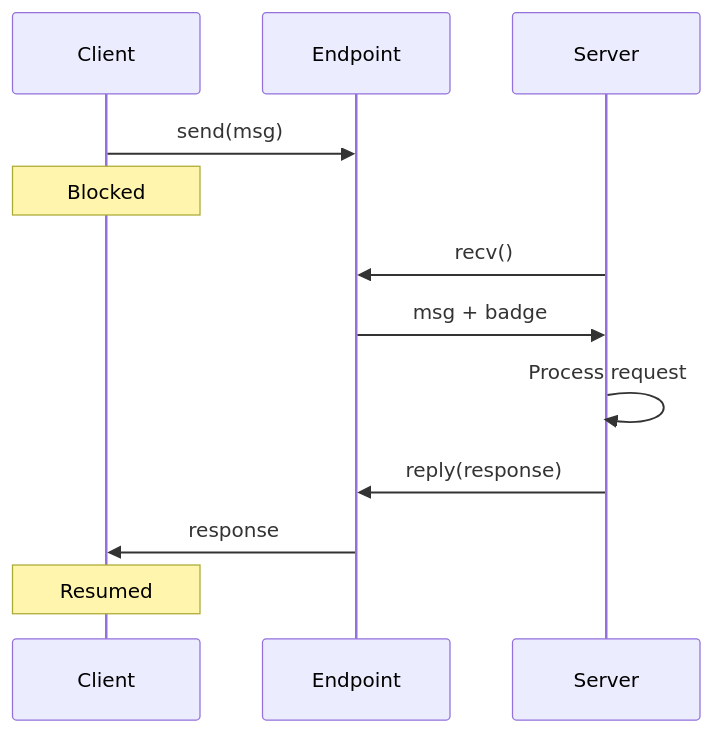
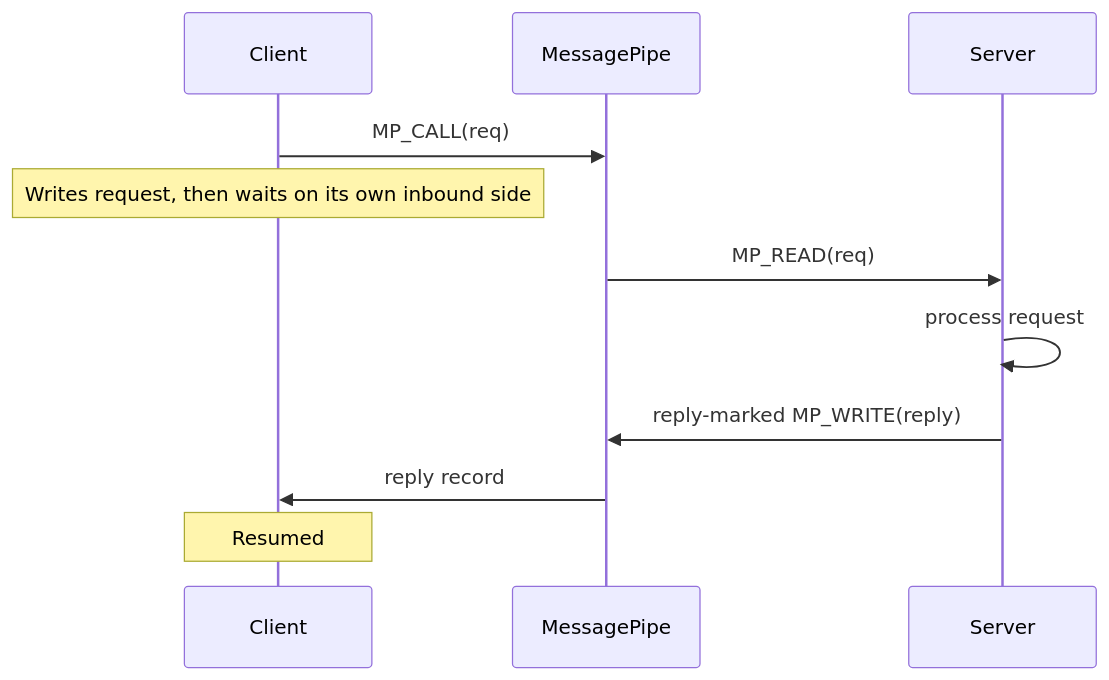
Before and after one commit to SaltyOS/SaltyOS: the third of 6 diagrams in docs/ARCHITECTURE.md, drawn with Mermaid. The commit also changed other lines of this file and 1247 other files, not shown here.

````diff
--- a/docs/ARCHITECTURE.md
+++ b/docs/ARCHITECTURE.md
@@ -209,15 +227,14 @@
 ```mermaid
 sequenceDiagram
     participant Client
-    participant Endpoint
+    participant MessagePipe
     participant Server
 
-    Client->>Endpoint: send(msg)
-    Note over Client: Blocked
-    Server->>Endpoint: recv()
-    Endpoint->>Server: msg + badge
-    Server->>Server: Process request
-    Server->>Endpoint: reply(response)
-    Endpoint->>Client: response
+    Client->>MessagePipe: MP_CALL(req)
+    Note over Client: Writes request, then waits on its own inbound side
+    MessagePipe->>Server: MP_READ(req)
+    Server->>Server: process request
+    Server->>MessagePipe: reply-marked MP_WRITE(reply)
+    MessagePipe->>Client: reply record
     Note over Client: Resumed
 ```
````
